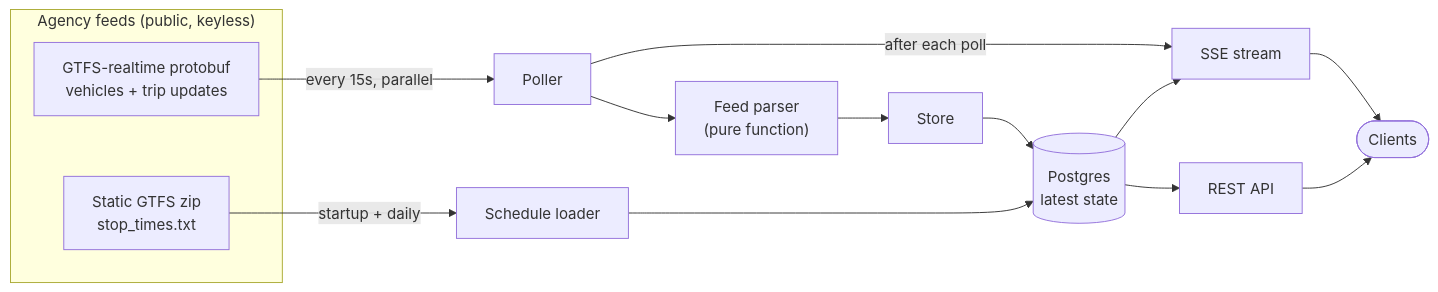
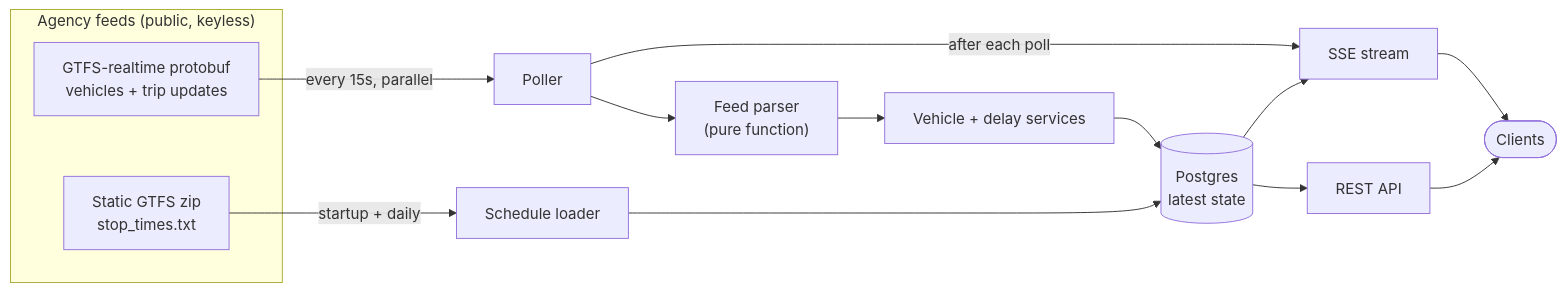
The first of 2 diagrams in README.md (ebenezer-morkeh/transit-tracker), drawn with Mermaid before and after one commit. The commit also changed other lines of this file and 33 other files, not shown here.

````diff
--- a/README.md
+++ b/README.md
@@ -13,18 +28,18 @@
 ```mermaid
 flowchart LR
     subgraph feeds["Agency feeds (public, keyless)"]
         RT["GTFS-realtime protobuf<br/>vehicles + trip updates"]
         ST["Static GTFS zip<br/>stop_times.txt"]
     end
     RT -->|every 15s, parallel| Poller
     ST -->|startup + daily| Loader["Schedule loader"]
     Poller --> Parser["Feed parser<br/>(pure function)"]
-    Parser --> Store
+    Parser --> Services["Vehicle + delay services"]
     Loader --> PG
-    Store --> PG[("Postgres<br/>latest state")]
+    Services --> PG[("Postgres<br/>latest state")]
     PG --> REST["REST API"]
     Poller -->|after each poll| SSE["SSE stream"]
     PG --> SSE
     REST --> Client(["Clients"])
     SSE --> Client
 ```
````
